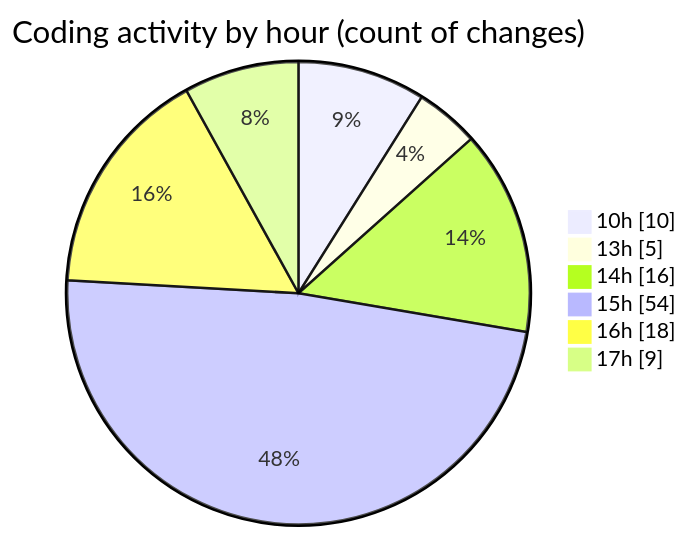
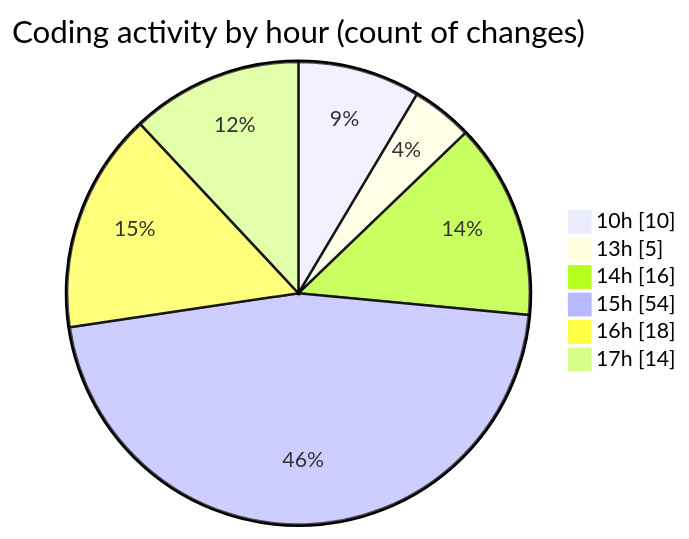
Before and after one commit to nxtqubesakshisongat/code-tracking: the second of 2 diagrams in 2025-07-30/nxtqube_webapp/README.md, drawn with Mermaid. The commit also changed other lines of this file and 1 other file, not shown here.

````diff
--- a/2025-07-30/nxtqube_webapp/README.md
+++ b/2025-07-30/nxtqube_webapp/README.md
@@ -37,10 +38,10 @@
 ```mermaid
 pie showData
 title Coding activity by hour (count of changes)
 "10h" : 10
 "13h" : 5
 "14h" : 16
 "15h" : 54
 "16h" : 18
-"17h" : 9
+"17h" : 14
 ```
````
